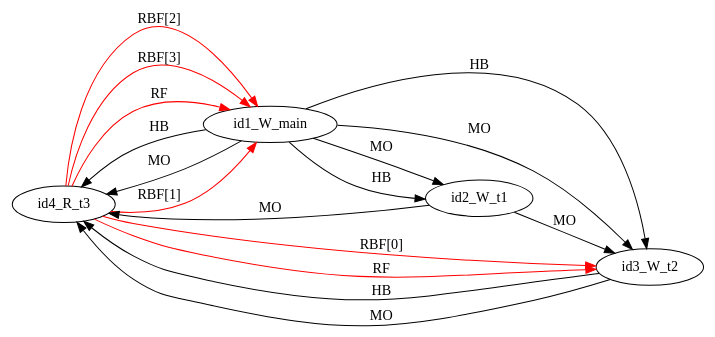
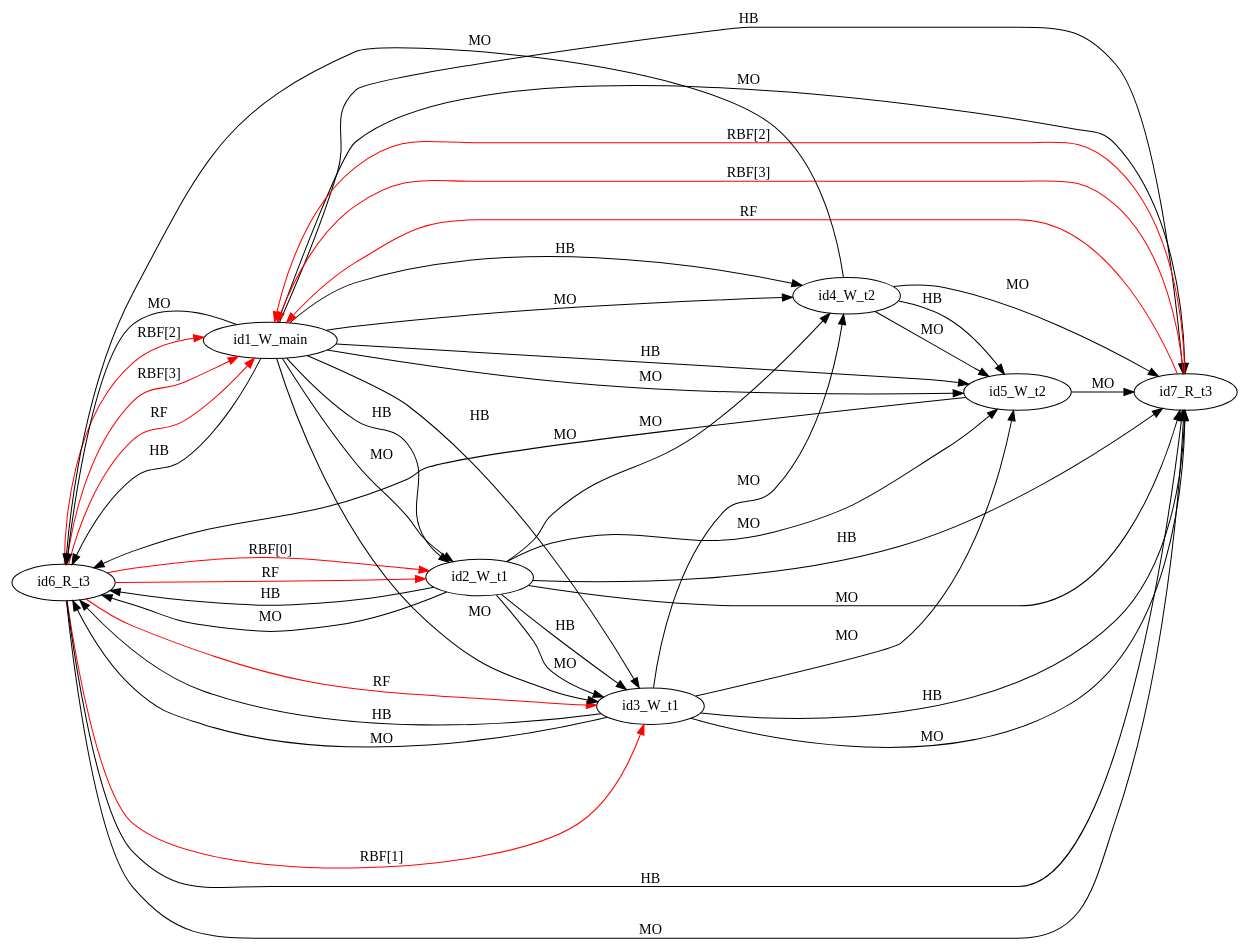
The diagram in examples/single_var/sv_simple13/mm3.dot (FMJS/EMME), drawn with Graphviz before and after one commit. The commit also changed 357 other files, not shown here.

```diff
--- a/examples/single_var/sv_simple13/mm3.dot
+++ b/examples/single_var/sv_simple13/mm3.dot
@@ -1,19 +1,47 @@
 digraph memory_model {
 rankdir=LR;
-id4_R_t3 -> id1_W_main [label = "RBF[1]", color="red"];
-id4_R_t3 -> id1_W_main [label = "RBF[2]", color="red"];
-id4_R_t3 -> id1_W_main [label = "RBF[3]", color="red"];
-id4_R_t3 -> id3_W_t2 [label = "RBF[0]", color="red"];
-id4_R_t3 -> id1_W_main [label = "RF", color="red"];
-id4_R_t3 -> id3_W_t2 [label = "RF", color="red"];
+id6_R_t3 -> id1_W_main [label = "RBF[2]", color="red"];
+id6_R_t3 -> id1_W_main [label = "RBF[3]", color="red"];
+id6_R_t3 -> id2_W_t1 [label = "RBF[0]", color="red"];
+id6_R_t3 -> id3_W_t1 [label = "RBF[1]", color="red"];
+id7_R_t3 -> id1_W_main [label = "RBF[2]", color="red"];
+id7_R_t3 -> id1_W_main [label = "RBF[3]", color="red"];
+id6_R_t3 -> id1_W_main [label = "RF", color="red"];
+id6_R_t3 -> id2_W_t1 [label = "RF", color="red"];
+id6_R_t3 -> id3_W_t1 [label = "RF", color="red"];
+id7_R_t3 -> id1_W_main [label = "RF", color="red"];
+id2_W_t1 -> id3_W_t1 [label = "HB", color="black"];
+id4_W_t2 -> id5_W_t2 [label = "HB", color="black"];
+id6_R_t3 -> id7_R_t3 [label = "HB", color="black"];
 id1_W_main -> id2_W_t1 [label = "HB", color="black"];
-id1_W_main -> id3_W_t2 [label = "HB", color="black"];
-id1_W_main -> id4_R_t3 [label = "HB", color="black"];
-id3_W_t2 -> id4_R_t3 [label = "HB", color="black"];
+id1_W_main -> id3_W_t1 [label = "HB", color="black"];
+id1_W_main -> id4_W_t2 [label = "HB", color="black"];
+id1_W_main -> id5_W_t2 [label = "HB", color="black"];
+id1_W_main -> id6_R_t3 [label = "HB", color="black"];
+id1_W_main -> id7_R_t3 [label = "HB", color="black"];
+id2_W_t1 -> id6_R_t3 [label = "HB", color="black"];
+id2_W_t1 -> id7_R_t3 [label = "HB", color="black"];
+id3_W_t1 -> id6_R_t3 [label = "HB", color="black"];
+id3_W_t1 -> id7_R_t3 [label = "HB", color="black"];
+id2_W_t1 -> id3_W_t1 [label = "MO", color="black"];
+id4_W_t2 -> id5_W_t2 [label = "MO", color="black"];
+id6_R_t3 -> id7_R_t3 [label = "MO", color="black"];
 id1_W_main -> id2_W_t1 [label = "MO", color="black"];
-id1_W_main -> id3_W_t2 [label = "MO", color="black"];
-id1_W_main -> id4_R_t3 [label = "MO", color="black"];
-id2_W_t1 -> id3_W_t2 [label = "MO", color="black"];
-id2_W_t1 -> id4_R_t3 [label = "MO", color="black"];
-id3_W_t2 -> id4_R_t3 [label = "MO", color="black"];
+id1_W_main -> id3_W_t1 [label = "MO", color="black"];
+id1_W_main -> id4_W_t2 [label = "MO", color="black"];
+id1_W_main -> id5_W_t2 [label = "MO", color="black"];
+id1_W_main -> id6_R_t3 [label = "MO", color="black"];
+id1_W_main -> id7_R_t3 [label = "MO", color="black"];
+id2_W_t1 -> id4_W_t2 [label = "MO", color="black"];
+id2_W_t1 -> id5_W_t2 [label = "MO", color="black"];
+id2_W_t1 -> id6_R_t3 [label = "MO", color="black"];
+id2_W_t1 -> id7_R_t3 [label = "MO", color="black"];
+id3_W_t1 -> id4_W_t2 [label = "MO", color="black"];
+id3_W_t1 -> id5_W_t2 [label = "MO", color="black"];
+id3_W_t1 -> id6_R_t3 [label = "MO", color="black"];
+id3_W_t1 -> id7_R_t3 [label = "MO", color="black"];
+id4_W_t2 -> id6_R_t3 [label = "MO", color="black"];
+id4_W_t2 -> id7_R_t3 [label = "MO", color="black"];
+id5_W_t2 -> id6_R_t3 [label = "MO", color="black"];
+id5_W_t2 -> id7_R_t3 [label = "MO", color="black"];
 }
```
